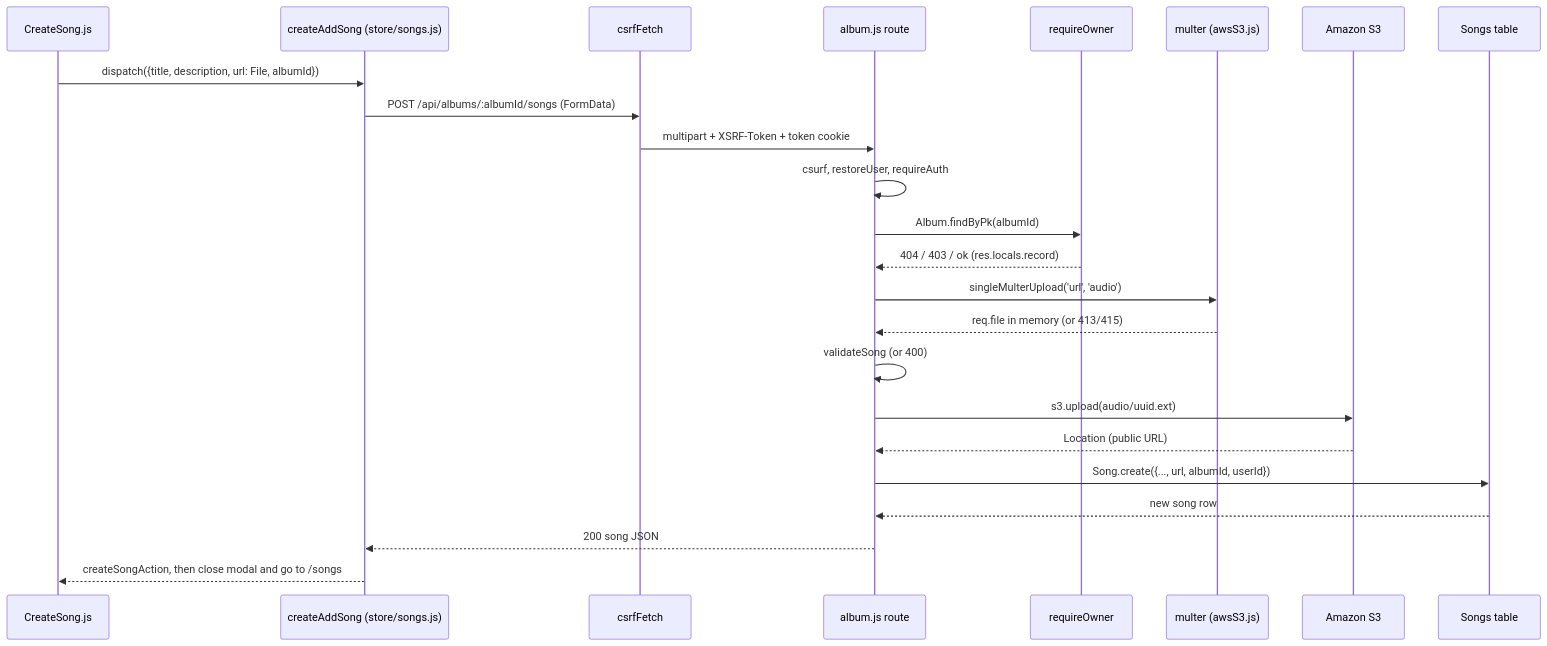
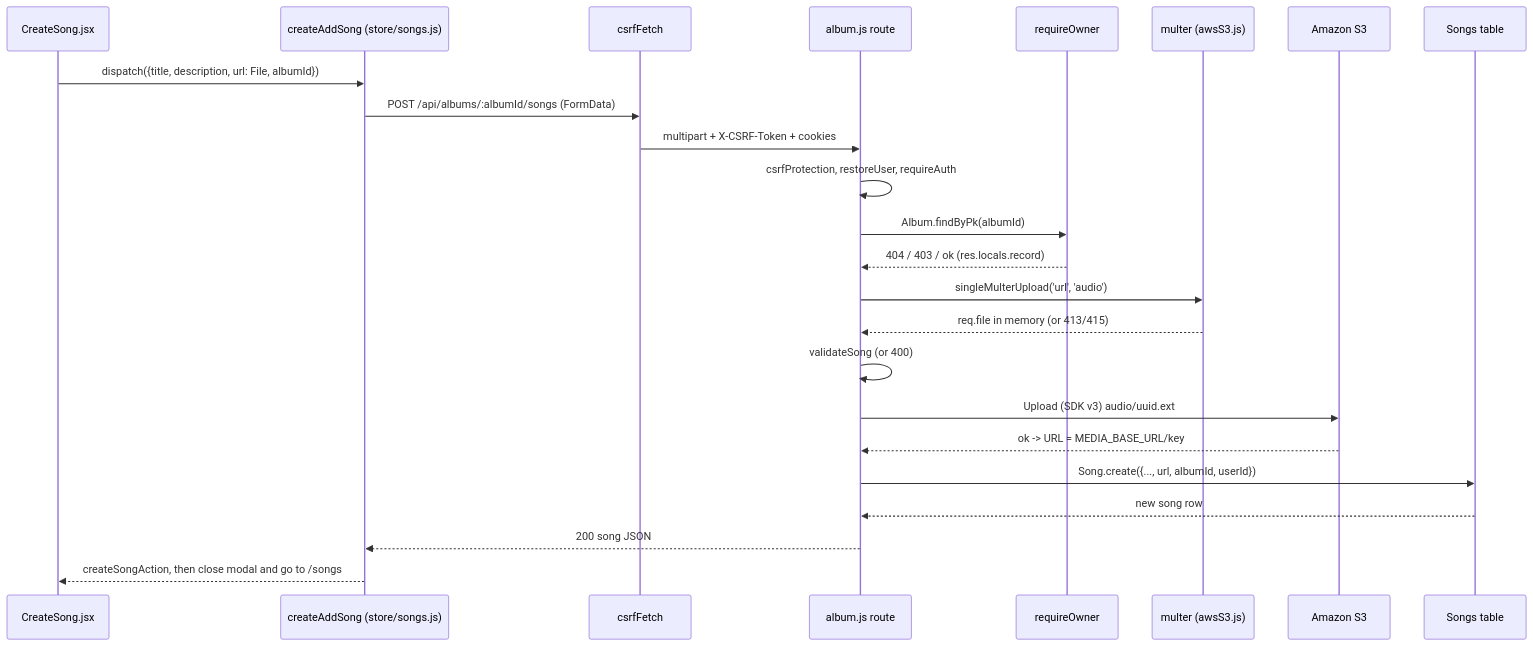
The fifth of 5 diagrams in docs/WALKTHROUGH.md (tyler-tor/SoundHaze), drawn with Mermaid before and after one commit. The commit also changed other lines of this file, not shown here.

````diff
--- a/docs/WALKTHROUGH.md
+++ b/docs/WALKTHROUGH.md
@@ -677,26 +726,26 @@
 ```mermaid
 sequenceDiagram
-    participant C as CreateSong.js
+    participant C as CreateSong.jsx
     participant T as createAddSong (store/songs.js)
     participant F as csrfFetch
     participant E as album.js route
     participant O as requireOwner
     participant M as multer (awsS3.js)
     participant S3 as Amazon S3
     participant DB as Songs table
     C->>T: dispatch({title, description, url: File, albumId})
     T->>F: POST /api/albums/:albumId/songs (FormData)
-    F->>E: multipart + XSRF-Token + token cookie
-    E->>E: csurf, restoreUser, requireAuth
+    F->>E: multipart + X-CSRF-Token + cookies
+    E->>E: csrfProtection, restoreUser, requireAuth
     E->>O: Album.findByPk(albumId)
     O-->>E: 404 / 403 / ok (res.locals.record)
     E->>M: singleMulterUpload('url', 'audio')
     M-->>E: req.file in memory (or 413/415)
     E->>E: validateSong (or 400)
-    E->>S3: s3.upload(audio/uuid.ext)
-    S3-->>E: Location (public URL)
+    E->>S3: Upload (SDK v3) audio/uuid.ext
+    S3-->>E: ok -> URL = MEDIA_BASE_URL/key
     E->>DB: Song.create({..., url, albumId, userId})
     DB-->>E: new song row
     E-->>T: 200 song JSON
     T-->>C: createSongAction, then close modal and go to /songs
 ```
````
